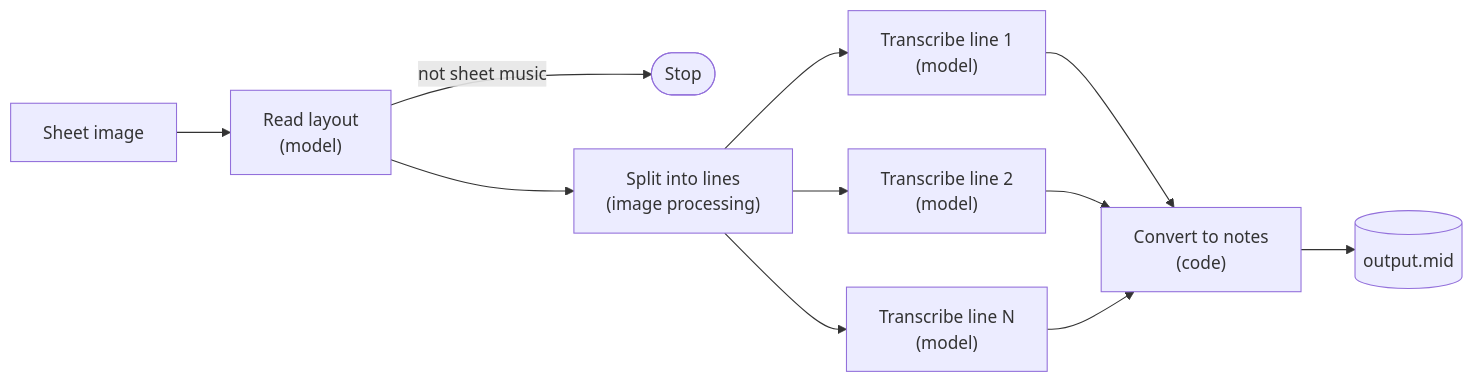
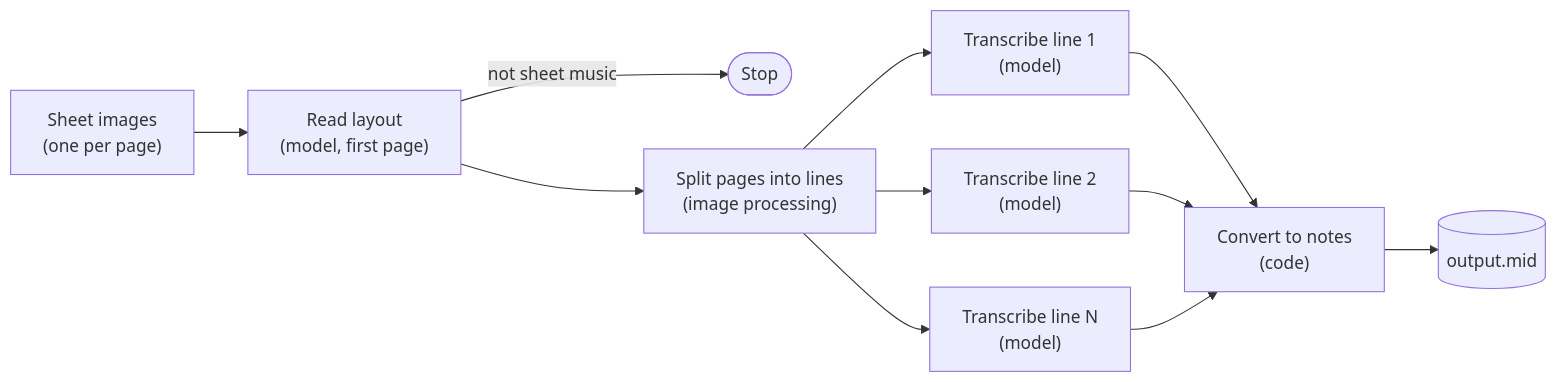
One commit to DemS98/midi-maker changed the first of 2 diagrams in README.md. Above: the diagram before and after it, drawn with Mermaid. The commit also changed other lines of this file and 14 other files, not shown here.

````diff
--- a/README.md
+++ b/README.md
@@ -9,13 +9,13 @@
 ```mermaid
 flowchart LR
-    img["Sheet image"] --> layout["Read layout<br/>(model)"]
+    img["Sheet images<br/>(one per page)"] --> layout["Read layout<br/>(model, first page)"]
     layout -->|"not sheet music"| stop(["Stop"])
-    layout --> split["Split into lines<br/>(image processing)"]
+    layout --> split["Split pages into lines<br/>(image processing)"]
     split --> l1["Transcribe line 1<br/>(model)"]
     split --> l2["Transcribe line 2<br/>(model)"]
     split --> ln["Transcribe line N<br/>(model)"]
     l1 --> render["Convert to notes<br/>(code)"]
     l2 --> render
     ln --> render
     render --> out[("output.mid")]
 ```
````
